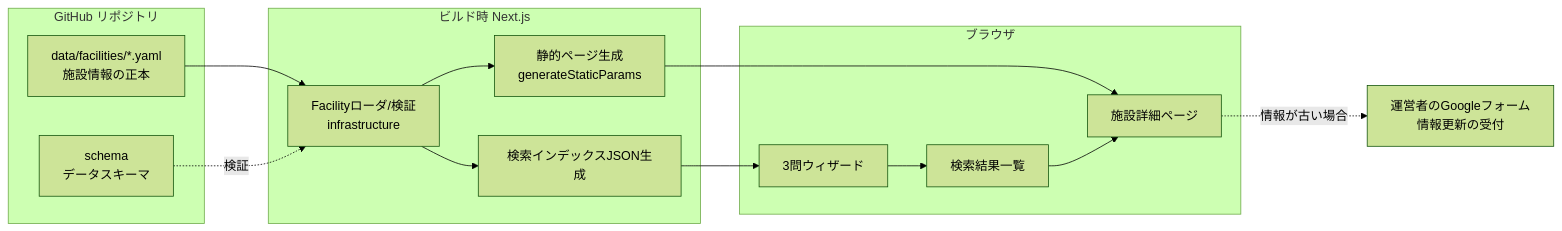
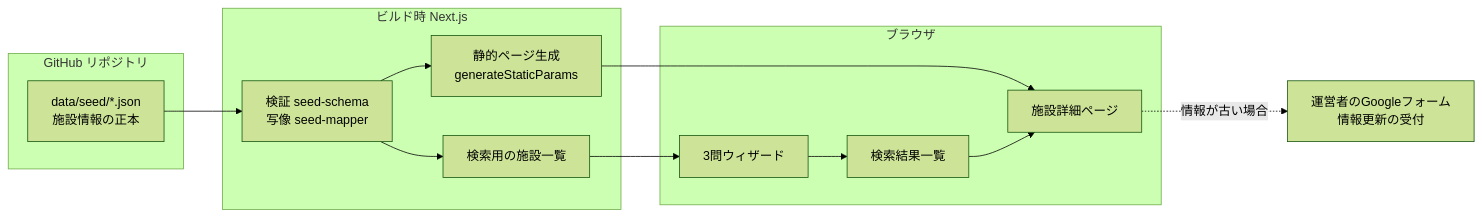
The first of 5 diagrams in docs/functional-design.md (dayaa-arch/kodomo-support-commons), drawn with Mermaid (forest theme) before and after one commit. The commit also changed other lines of this file and 31 other files, not shown here.

````diff
--- a/docs/functional-design.md
+++ b/docs/functional-design.md
@@ -9,22 +9,20 @@
 ```mermaid
 flowchart LR
   subgraph Repo[GitHub リポジトリ]
-    Y[data/facilities/*.yaml<br/>施設情報の正本]
-    S[schema<br/>データスキーマ]
+    Y[data/seed/*.json<br/>施設情報の正本]
   end
   subgraph Build[ビルド時 Next.js]
-    L[Facilityローダ/検証<br/>infrastructure]
+    L[検証 seed-schema<br/>写像 seed-mapper]
     G[静的ページ生成<br/>generateStaticParams]
-    IDX[検索インデックスJSON生成]
+    IDX[検索用の施設一覧]
   end
   subgraph Client[ブラウザ]
     W[3問ウィザード]
     R[検索結果一覧]
     D[施設詳細ページ]
   end
   GF[運営者のGoogleフォーム<br/>情報更新の受付]
   Y --> L --> G --> D
   L --> IDX --> W --> R --> D
-  S -. 検証 .-> L
   D -. 情報が古い場合 .-> GF
 ```
````
